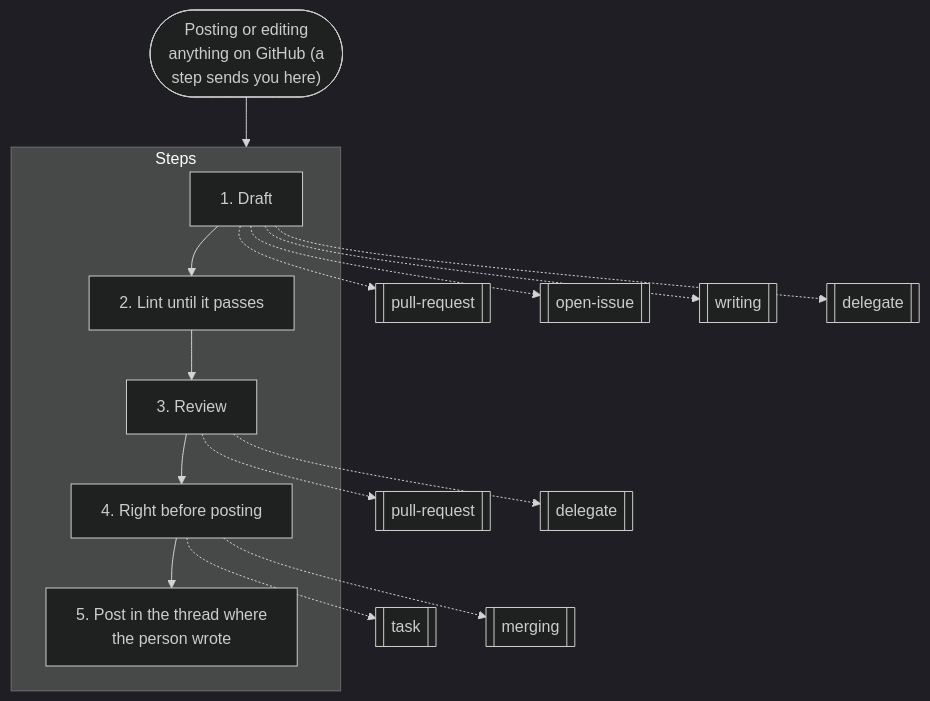
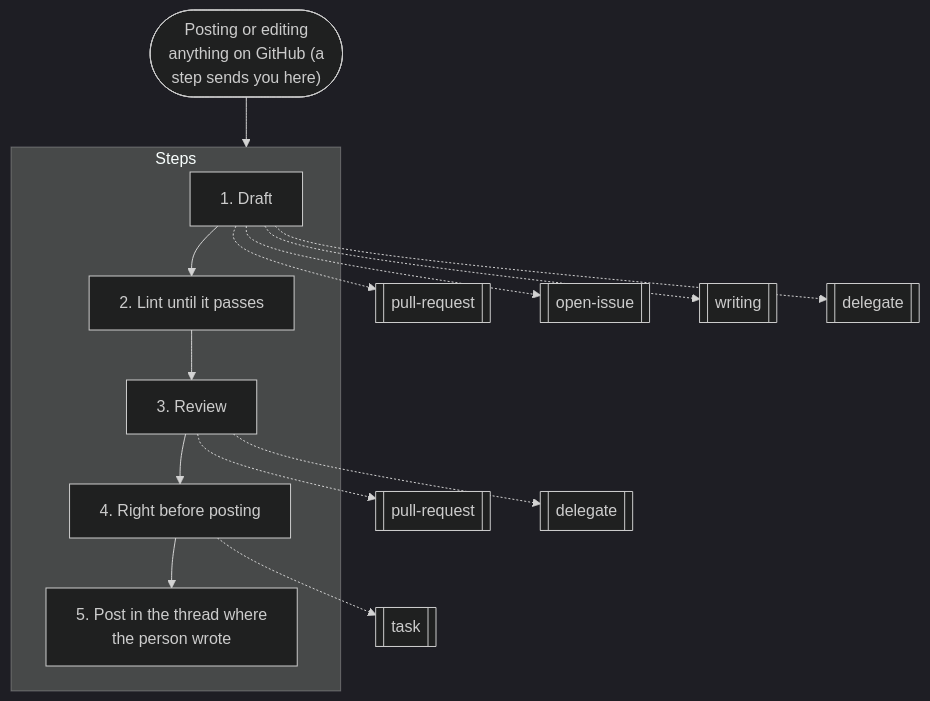
Before and after one commit to nitedani-agent/mergeworthy: the tenth of 19 diagrams in docs/graphs.md, drawn with Mermaid (dark theme). The commit also changed other lines of this file and 12 other files, not shown here.

````diff
--- a/docs/graphs.md
+++ b/docs/graphs.md
@@ -262,24 +262,23 @@
 ```mermaid
 flowchart TB
   start(["Posting or editing<br/>anything on GitHub (a<br/>step sends you here)"])
   subgraph g0["Steps"]
     s0["1. Draft"]
     s1["2. Lint until it passes"]
     s0 --> s1
     s2["3. Review"]
     s1 --> s2
     s3["4. Right before posting"]
     s2 --> s3
     s4["5. Post in the thread where<br/>the person wrote"]
     s3 --> s4
   end
   s0 -.-> r1[["pull-request"]]
   s0 -.-> r2[["open-issue"]]
   s0 -.-> r3[["writing"]]
   s0 -.-> r4[["delegate"]]
   s2 -.-> r5[["pull-request"]]
   s2 -.-> r6[["delegate"]]
   s3 -.-> r7[["task"]]
-  s3 -.-> r8[["merging"]]
   start --> g0
 ```
````
